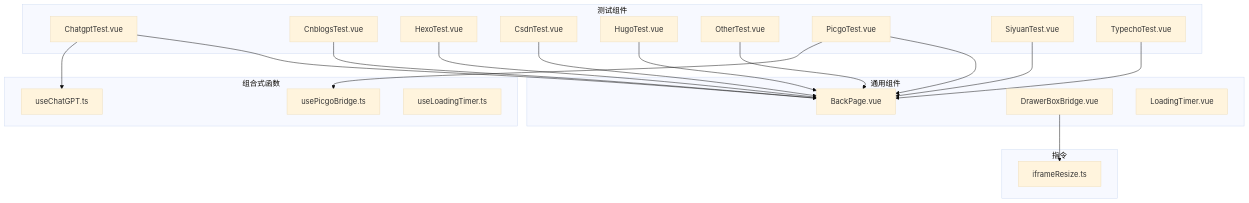
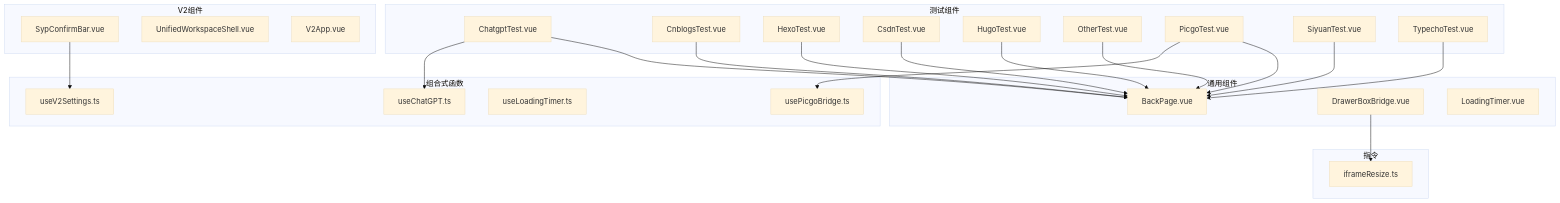
The first of 8 diagrams in .qoder/repowiki/zh/content/用户界面组件/通用组件.md (terwer/siyuan-plugin-publisher), drawn with Mermaid (base theme) before and after one commit. The commit also changed other lines of this file and 25 other files, not shown here.

````diff
--- a/.qoder/repowiki/zh/content/用户界面组件/通用组件.md
+++ b/.qoder/repowiki/zh/content/用户界面组件/通用组件.md
@@ -46,39 +59,46 @@
 ```mermaid
 graph TB
 subgraph "通用组件"
 BP["BackPage.vue"]
 DBB["DrawerBoxBridge.vue"]
 LT["LoadingTimer.vue"]
+end
+subgraph "V2组件"
+SCB["SypConfirmBar.vue"]
+UWS["UnifiedWorkspaceShell.vue"]
+V2APP["V2App.vue"]
 end
 subgraph "测试组件"
 CGPT["ChatgptTest.vue"]
 CNB["CnblogsTest.vue"]
 HEXO["HexoTest.vue"]
 CSDN["CsdnTest.vue"]
 HUGO["HugoTest.vue"]
 OTHER["OtherTest.vue"]
 PICGO["PicgoTest.vue"]
 SIY["SiyuanTest.vue"]
 TYPE["TypechoTest.vue"]
 end
 subgraph "组合式函数"
 UC["useChatGPT.ts"]
 UP["usePicgoBridge.ts"]
 ULT["useLoadingTimer.ts"]
+UV2S["useV2Settings.ts"]
 end
 subgraph "指令"
 IFD["iframeResize.ts"]
 end
 CGPT --> BP
 CNB --> BP
 HEXO --> BP
 CSDN --> BP
 HUGO --> BP
 SIY --> BP
 TYPE --> BP
 PICGO --> BP
 OTHER --> BP
 CGPT --> UC
 PICGO --> UP
 DBB --> IFD
+SCB --> UV2S
 ```
````
